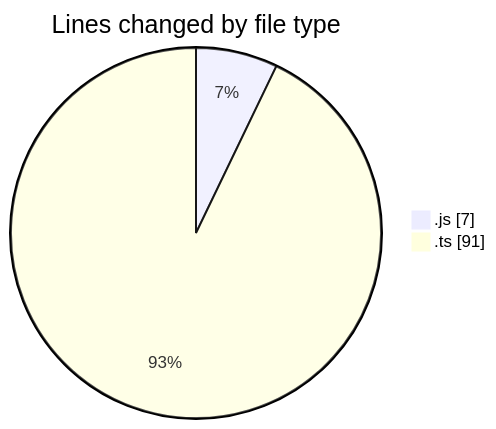
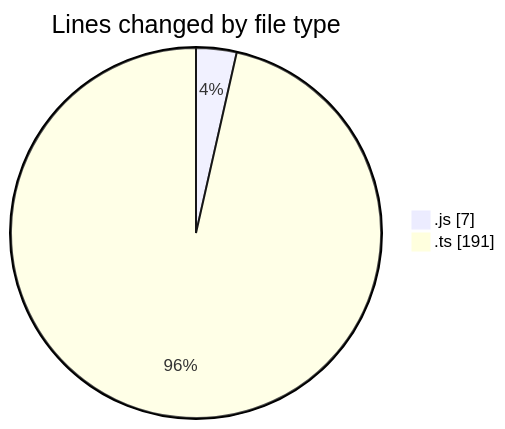
One commit to momahboobian/code-tracking changed the first of 2 diagrams in 2025-06-18/cda/README.md. Above: the diagram before and after it, drawn with Mermaid. The commit also changed other lines of this file and 1 other file, not shown here.

````diff
--- a/2025-06-18/cda/README.md
+++ b/2025-06-18/cda/README.md
@@ -24,6 +25,6 @@
 ```mermaid
 pie showData
 title Lines changed by file type
 ".js" : 7
-".ts" : 91
+".ts" : 191
 ```
````
